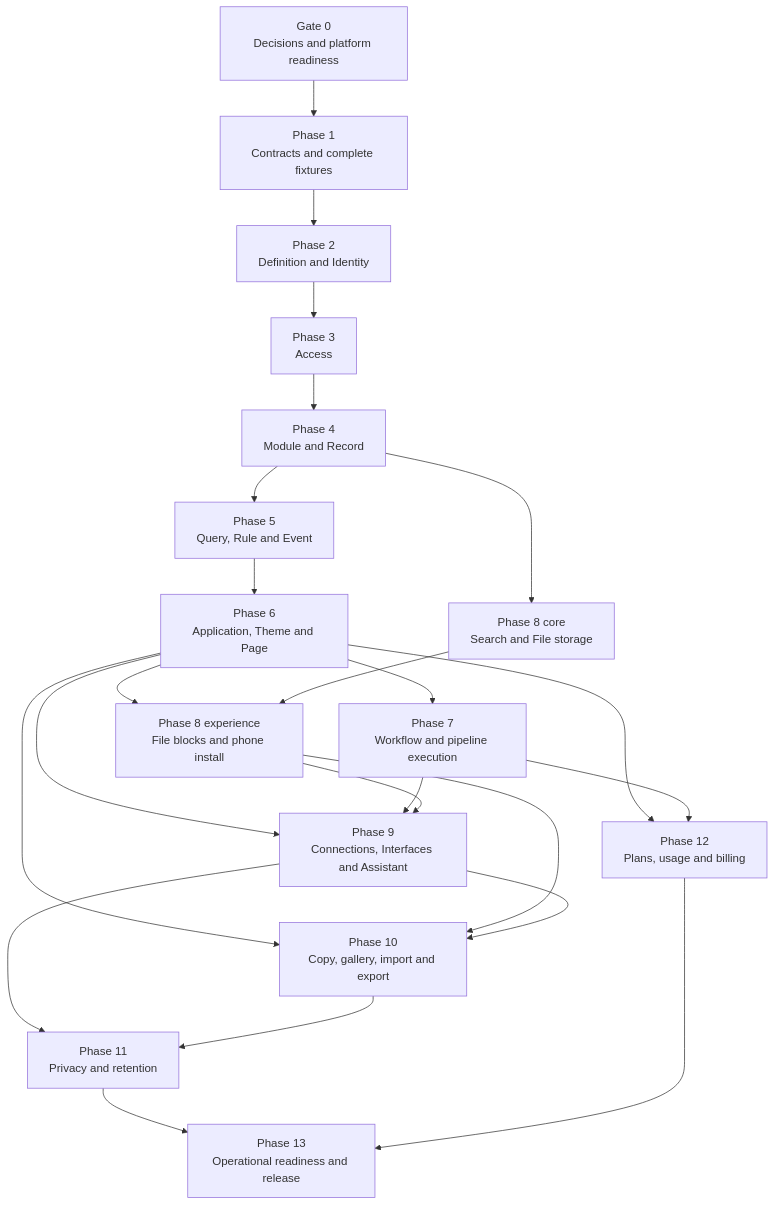
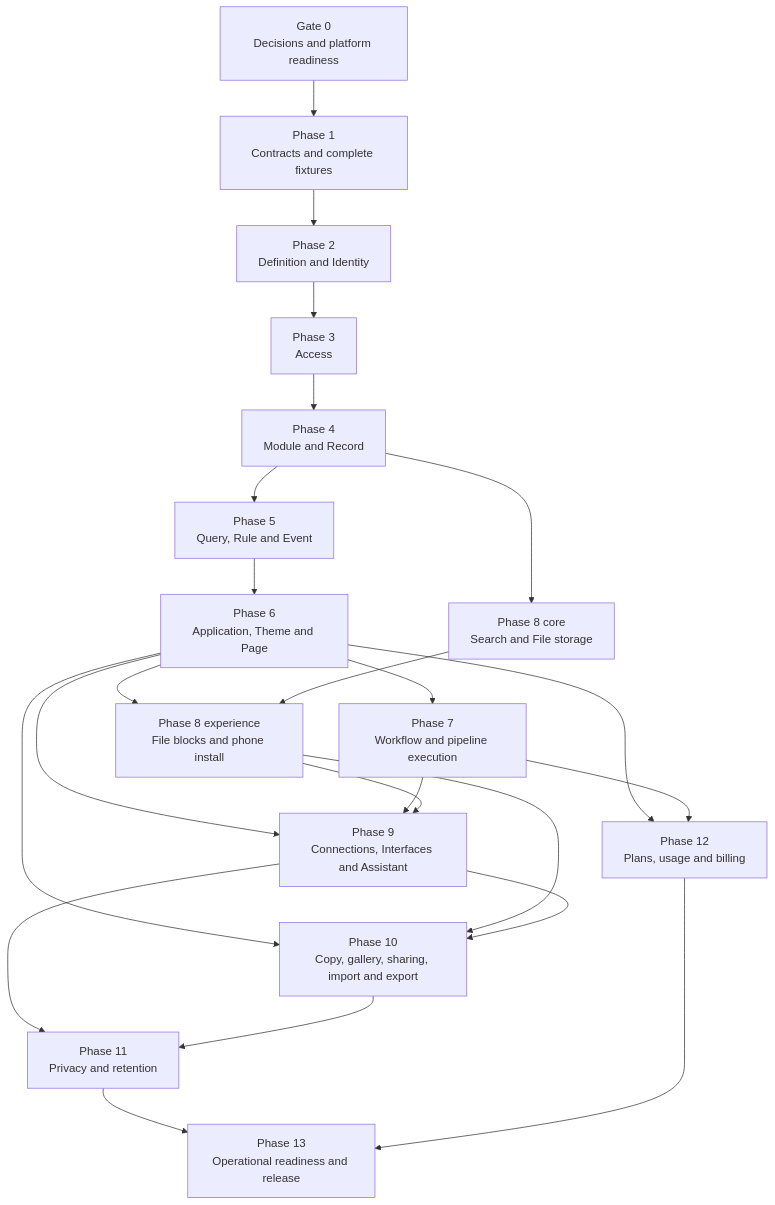
One commit to Abzum-NZ/Abzum-Vortex changed the diagram in docs/build-plan/README.md. Above: the diagram before and after it, drawn with Mermaid. The commit also changed other lines of this file and 21 other files, not shown here.

````diff
--- a/docs/build-plan/README.md
+++ b/docs/build-plan/README.md
@@ -23,25 +23,25 @@
 ```mermaid
 flowchart TD
     G0[Gate 0<br/>Decisions and platform readiness] --> P1[Phase 1<br/>Contracts and complete fixtures]
     P1 --> P2[Phase 2<br/>Definition and Identity]
     P2 --> P3[Phase 3<br/>Access]
     P3 --> P4[Phase 4<br/>Module and Record]
     P4 --> P5[Phase 5<br/>Query, Rule and Event]
     P4 --> P8C[Phase 8 core<br/>Search and File storage]
     P5 --> P6[Phase 6<br/>Application, Theme and Page]
     P6 --> P7[Phase 7<br/>Workflow and pipeline execution]
     P6 --> P8U[Phase 8 experience<br/>File blocks and phone install]
     P8C --> P8U
     P6 --> P9[Phase 9<br/>Connections, Interfaces and Assistant]
     P7 --> P9
     P8U --> P9
-    P6 --> P10[Phase 10<br/>Copy, gallery, import and export]
+    P6 --> P10[Phase 10<br/>Copy, gallery, sharing, import and export]
     P8U --> P10
     P9 --> P10
     P9 --> P11[Phase 11<br/>Privacy and retention]
     P10 --> P11
     P6 --> P12[Phase 12<br/>Plans, usage and billing]
     P7 --> P12
     P11 --> P13[Phase 13<br/>Operational readiness and release]
     P12 --> P13
 ```
````
